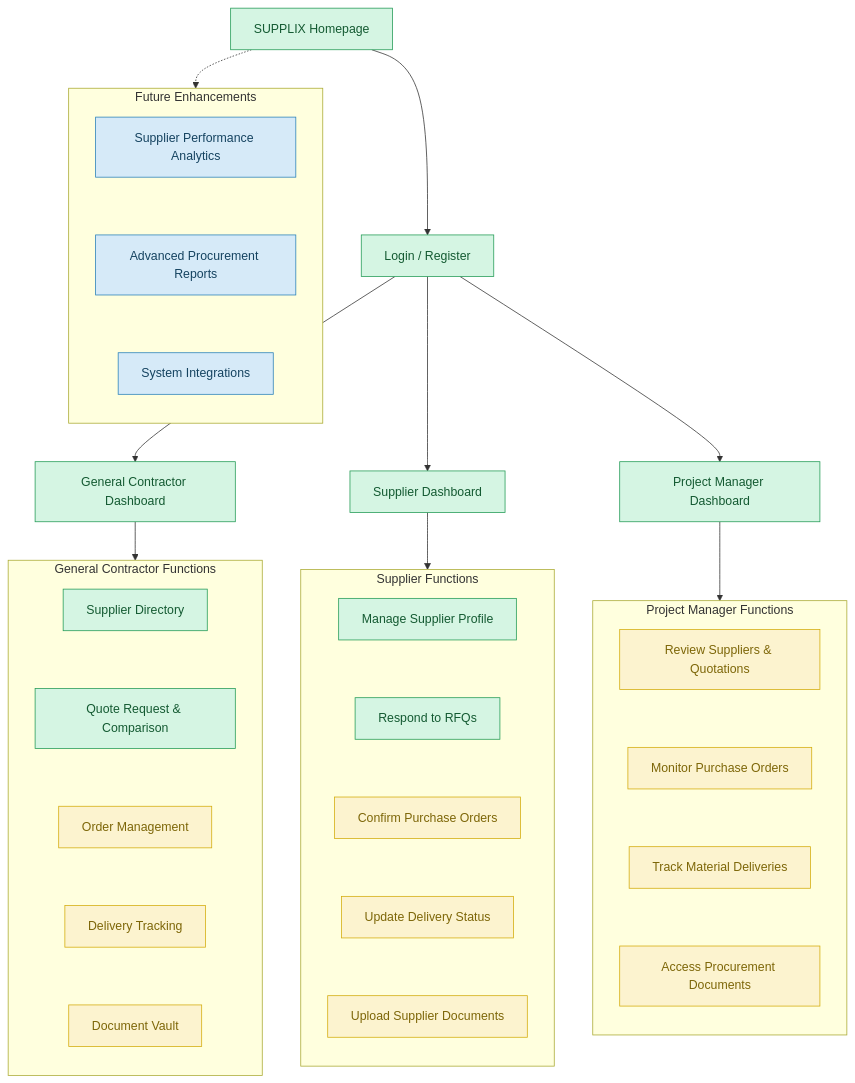
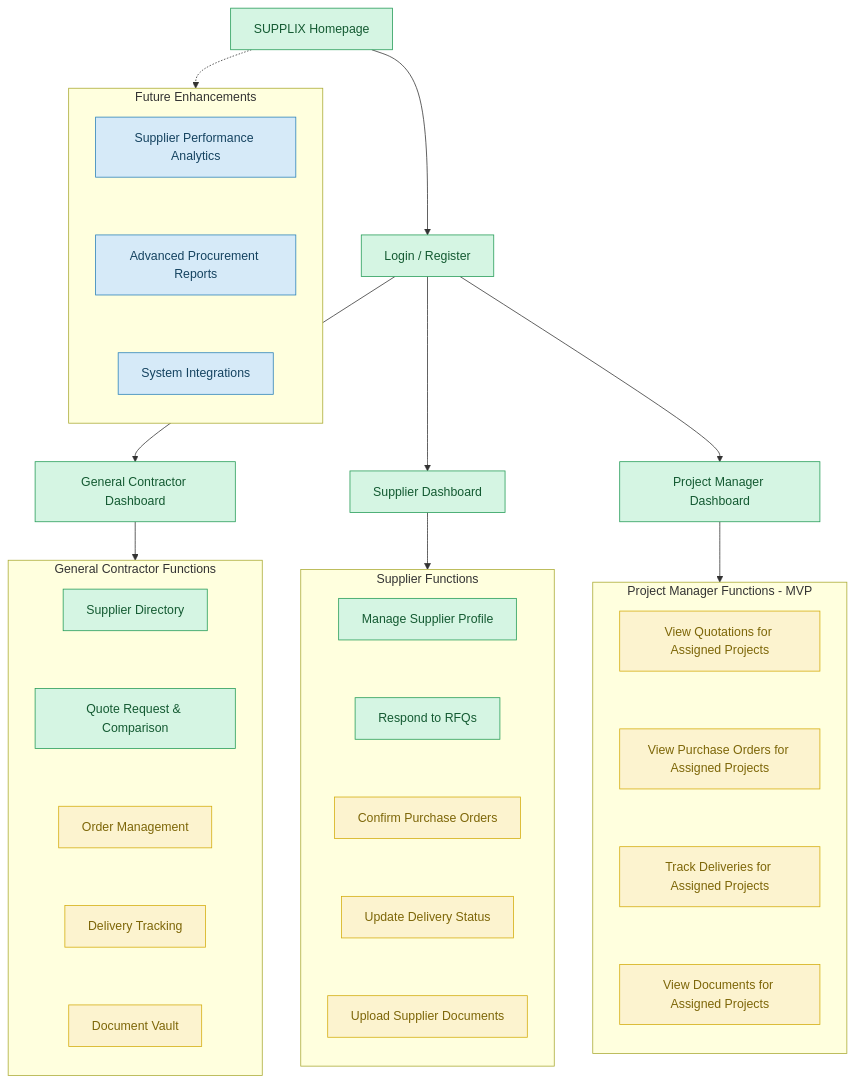
Before and after one commit to dauthuydung/construction-supplier-management-SUPPLIX: the first of 2 diagrams in README.md, drawn with Mermaid.

Commit message:
Update project manager functions in website chart
Aligned the website organization chart with MVP project manager permissions for viewing quotations, purchase orders, deliveries, and documents associated with assigned projects.

````diff
--- a/README.md
+++ b/README.md
@@ -24,75 +24,75 @@
 ```mermaid
 flowchart TB
     A["SUPPLIX Homepage"]
     B["Login / Register"]
 
     A --> B
 
     B --> C["General Contractor Dashboard"]
     B --> D["Supplier Dashboard"]
     B --> E["Project Manager Dashboard"]
 
     subgraph GC["General Contractor Functions"]
         direction TB
         F["Supplier Directory"]
         G["Quote Request & Comparison"]
         H["Order Management"]
         I["Delivery Tracking"]
         J["Document Vault"]
 
         F ~~~ G
         G ~~~ H
         H ~~~ I
         I ~~~ J
     end
 
     subgraph SP["Supplier Functions"]
         direction TB
         K["Manage Supplier Profile"]
         L["Respond to RFQs"]
         M["Confirm Purchase Orders"]
         N["Update Delivery Status"]
         O["Upload Supplier Documents"]
 
         K ~~~ L
         L ~~~ M
         M ~~~ N
         N ~~~ O
     end
 
-    subgraph PM["Project Manager Functions"]
+    subgraph PM["Project Manager Functions - MVP"]
         direction TB
-        P["Review Suppliers & Quotations"]
-        Q["Monitor Purchase Orders"]
-        R["Track Material Deliveries"]
-        S["Access Procurement Documents"]
+        P["View Quotations for Assigned Projects"]
+        Q["View Purchase Orders for Assigned Projects"]
+        R["Track Deliveries for Assigned Projects"]
+        S["View Documents for Assigned Projects"]
 
         P ~~~ Q
         Q ~~~ R
         R ~~~ S
     end
 
     C --> GC
     D --> SP
     E --> PM
 
     subgraph FUT["Future Enhancements"]
         direction TB
         T1["Supplier Performance Analytics"]
         T2["Advanced Procurement Reports"]
         T3["System Integrations"]
 
         T1 ~~~ T2
         T2 ~~~ T3
     end
 
     A -.-> FUT
 
     classDef high fill:#D5F5E3,stroke:#239B56,color:#145A32
     classDef medium fill:#FCF3CF,stroke:#D4AC0D,color:#7D6608
     classDef low fill:#D6EAF8,stroke:#2980B9,color:#154360
 
     class A,B,C,D,E,F,G,K,L high
     class H,I,J,M,N,O,P,Q,R,S medium
     class T1,T2,T3 low
 ```
````
